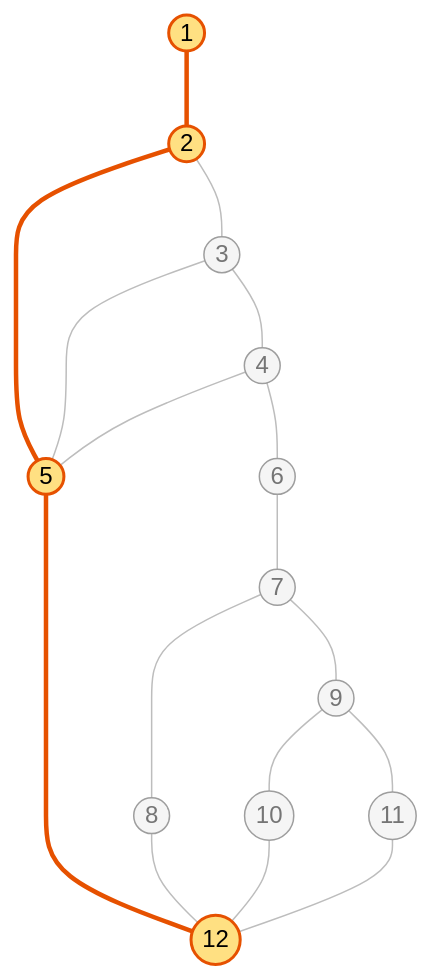
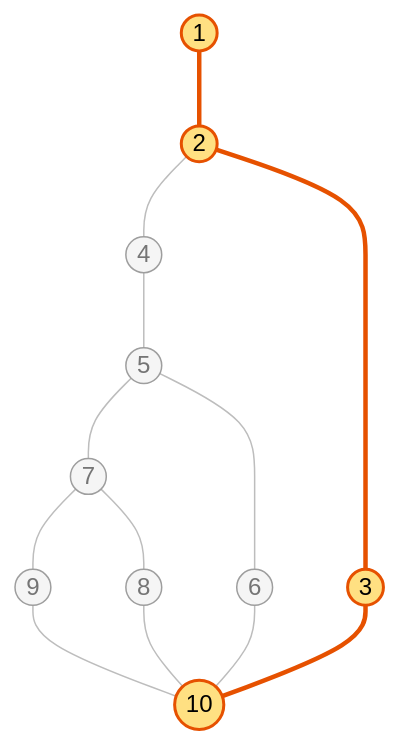
One commit to bloedige/itdb_ctf changed the second of 5 diagrams in tests/docs/caja_blanca_05_acceso_evento_cerrado.md. Above: the diagram before and after it, drawn with Mermaid. The commit also changed other lines of this file and 47 other files, not shown here.

````diff
--- a/tests/docs/caja_blanca_05_acceso_evento_cerrado.md
+++ b/tests/docs/caja_blanca_05_acceso_evento_cerrado.md
@@ -97,24 +97,20 @@
 ```mermaid
 graph TD
     n1((1)) --- n2((2))
-    n2 --- n5((5))
-    n5 --- n12((12))
-    n2 --- n3((3))
-    n3 --- n5
-    n3 --- n4((4))
-    n4 --- n5
-    n4 --- n6((6))
-    n6 --- n7((7))
-    n7 --- n8((8))
-    n8 --- n12
+    n2 --- n4((4))
+    n4 --- n5((5))
+    n5 --- n7((7))
     n7 --- n9((9))
     n9 --- n10((10))
-    n10 --- n12
-    n9 --- n11((11))
-    n11 --- n12
+    n7 --- n8((8))
+    n8 --- n10
+    n5 --- n6((6))
+    n6 --- n10
+    n2 --- n3((3))
+    n3 --- n10
     classDef default fill:#f5f5f5,stroke:#9e9e9e,color:#757575
     classDef camino fill:#ffe082,stroke:#e65100,stroke-width:2px,color:#000
-    class n1,n2,n5,n12 camino
+    class n1,n2,n3,n10 camino
     linkStyle default stroke:#bdbdbd,stroke-width:1px
-    linkStyle 0,1,2 stroke:#e65100,stroke-width:3px
+    linkStyle 0,10,11 stroke:#e65100,stroke-width:3px
 ```
````
